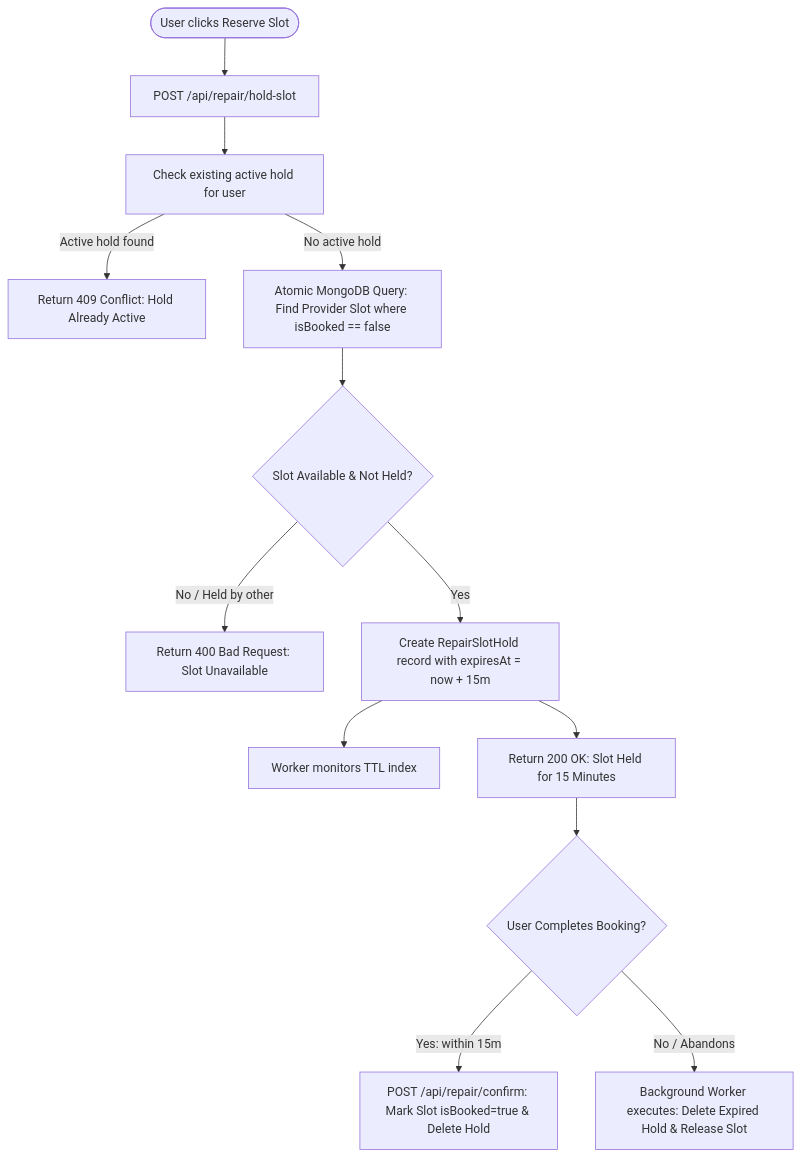
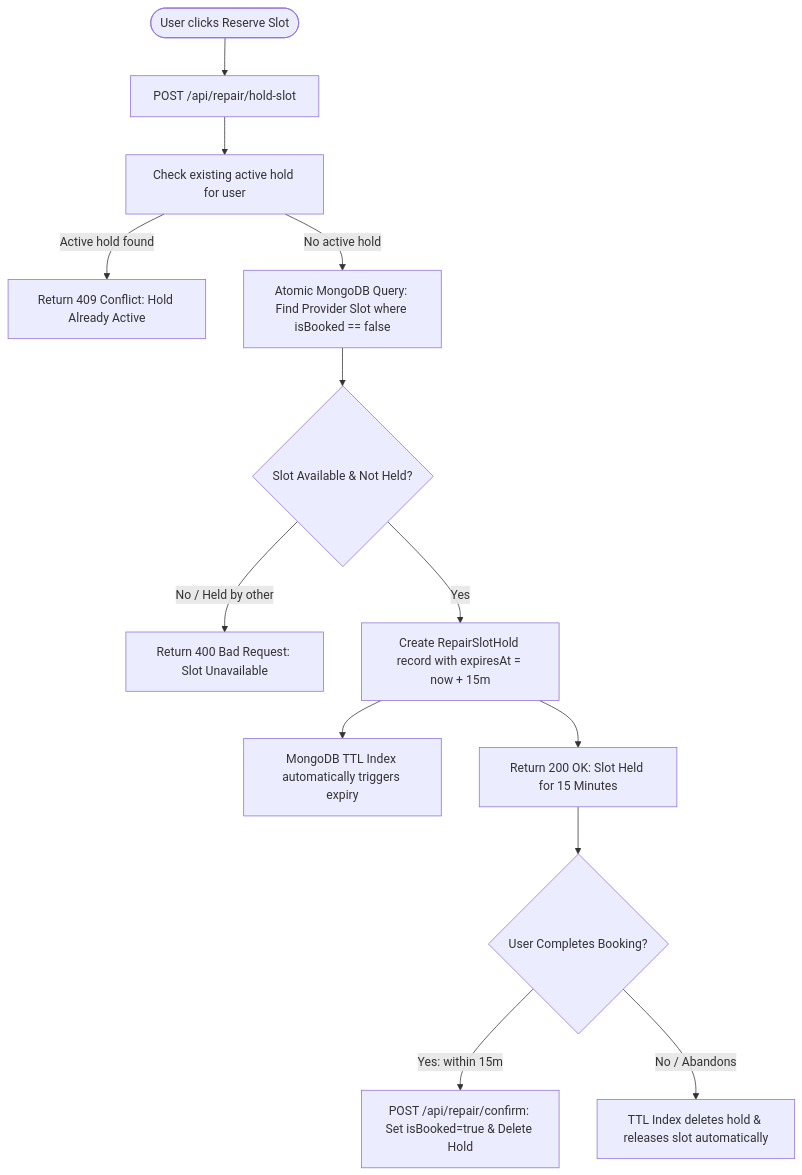
The fourth of 5 diagrams in README.md (sandeep-kumar-270904/platform-blueprint), drawn with Mermaid before and after one commit. The commit also changed other lines of this file, not shown here.

Commit message:
docs: implement authoritative 18-section standard with complete architecture, ML pipeline, and Mongoose documentation

````diff
--- a/README.md
+++ b/README.md
@@ -166,19 +154,19 @@
 ```mermaid
 flowchart TD
     User([User clicks Reserve Slot]) --> API[POST /api/repair/hold-slot]
     API --> CheckActive[Check existing active hold for user]
     
     CheckActive -->|Active hold found| Reject1[Return 409 Conflict: Hold Already Active]
     CheckActive -->|No active hold| AtomicFind[Atomic MongoDB Query: Find Provider Slot where isBooked == false]
     
     AtomicFind --> Condition{Slot Available & Not Held?}
     Condition -->|No / Held by other| Reject2[Return 400 Bad Request: Slot Unavailable]
     Condition -->|Yes| CreateHold[Create RepairSlotHold record with expiresAt = now + 15m]
     
-    CreateHold --> StartTTL[Worker monitors TTL index]
+    CreateHold --> StartTTL[MongoDB TTL Index automatically triggers expiry]
     CreateHold --> Success[Return 200 OK: Slot Held for 15 Minutes]
     
     Success --> UserAction{User Completes Booking?}
-    UserAction -->|Yes: within 15m| Confirm[POST /api/repair/confirm: Mark Slot isBooked=true & Delete Hold]
-    UserAction -->|No / Abandons| ExpirationWorker[Background Worker executes: Delete Expired Hold & Release Slot]
+    UserAction -->|Yes: within 15m| Confirm[POST /api/repair/confirm: Set isBooked=true & Delete Hold]
+    UserAction -->|No / Abandons| ExpirationWorker[TTL Index deletes hold & releases slot automatically]
 ```
````
